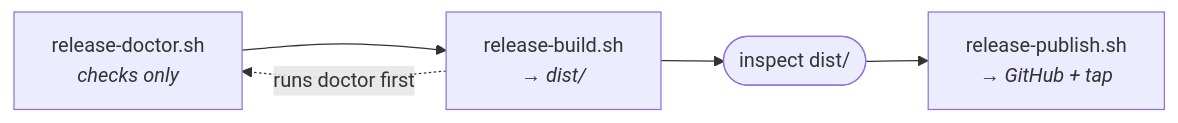
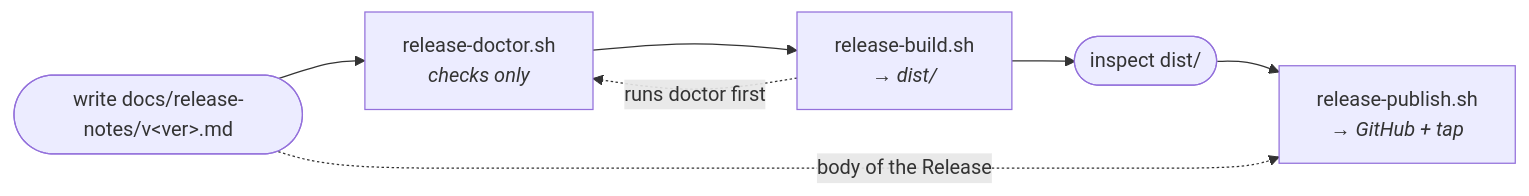
One commit to Linkuistics/Modaliser changed the diagram in docs/RELEASING.md. Above: the diagram before and after it, drawn with Mermaid. The commit also changed other lines of this file and 3 other files, not shown here.

First line of the commit message:
modaliser-release-k17: v4.3.0 notes, and a pipeline that requires them

````diff
--- a/docs/RELEASING.md
+++ b/docs/RELEASING.md
@@ -13,10 +13,12 @@
 ```mermaid
 flowchart LR
+    notes(["write docs/release-notes/v&lt;ver&gt;.md"])
     doctor["release-doctor.sh<br/><i>checks only</i>"]
     build["release-build.sh<br/><i>→ dist/</i>"]
     inspect(["inspect dist/"])
     publish["release-publish.sh<br/><i>→ GitHub + tap</i>"]
 
-    doctor --> build --> inspect --> publish
+    notes --> doctor --> build --> inspect --> publish
     build -.->|"runs doctor first"| doctor
+    notes -.->|"body of the Release"| publish
 ```
````
